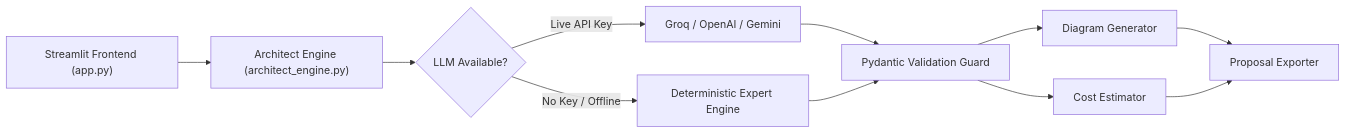
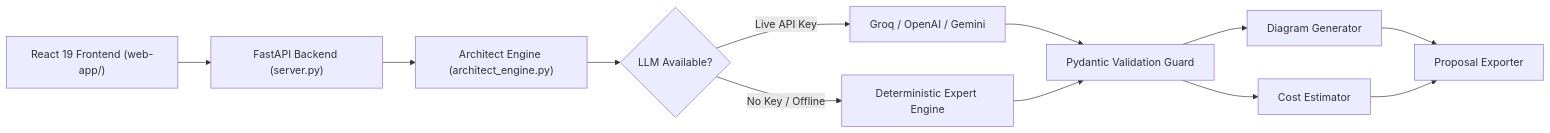
Before and after one commit to TANMAY4806w/cynbit-autoscope-ai: the fourth of 6 diagrams in PRD_AND_TECHNICAL_ARCHITECTURE_PLAN.md, drawn with Mermaid. The commit also changed other lines of this file and 5 other files, not shown here.

Commit message:
refactor: remove all streamlit code; retain pure React 19 frontend and FastAPI backend

````diff
--- a/PRD_AND_TECHNICAL_ARCHITECTURE_PLAN.md
+++ b/PRD_AND_TECHNICAL_ARCHITECTURE_PLAN.md
@@ -91,12 +91,13 @@
 ```mermaid
 flowchart LR
-    UI["Streamlit Frontend (app.py)"] --> CoreEngine["Architect Engine (architect_engine.py)"]
+    UI["React 19 Frontend (web-app/)"] --> Server["FastAPI Backend (server.py)"]
+    Server --> CoreEngine["Architect Engine (architect_engine.py)"]
     CoreEngine --> MultiLLM{"LLM Available?"}
     MultiLLM -- "Live API Key" --> LiveInference["Groq / OpenAI / Gemini"]
     MultiLLM -- "No Key / Offline" --> HeuristicEngine["Deterministic Expert Engine"]
     LiveInference --> PydanticGuard["Pydantic Validation Guard"]
     HeuristicEngine --> PydanticGuard
     PydanticGuard --> DiagramGen["Diagram Generator"]
     PydanticGuard --> CostEst["Cost Estimator"]
     DiagramGen & CostEst --> Exporter["Proposal Exporter"]
 ```
````
